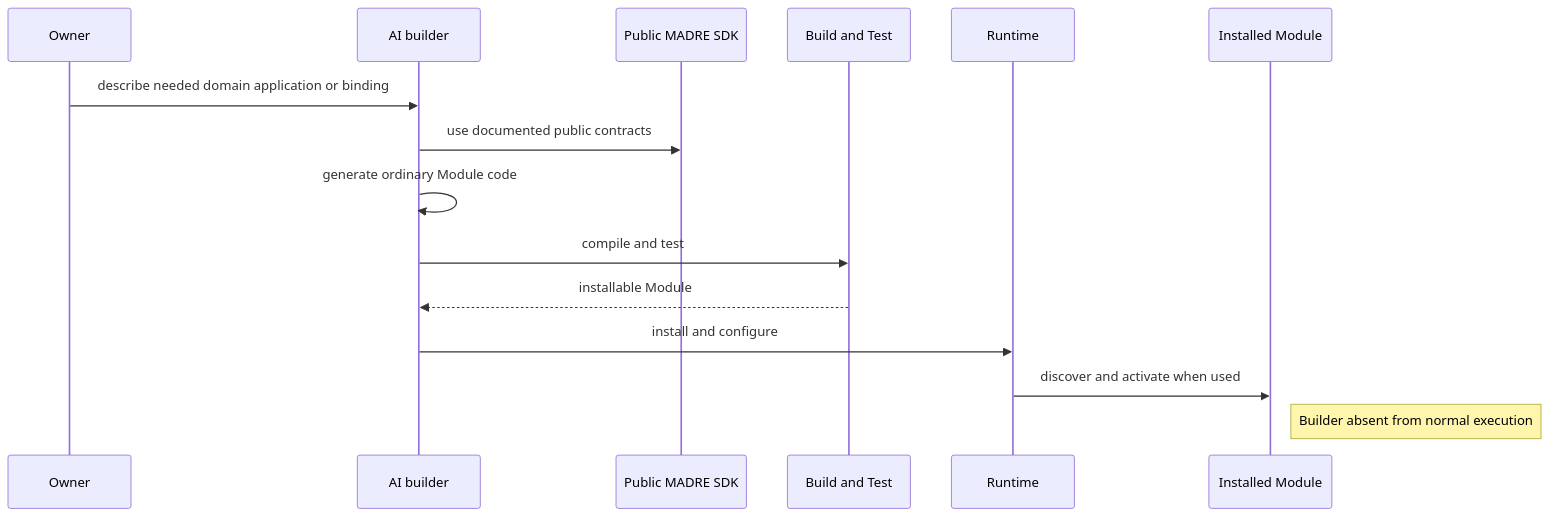
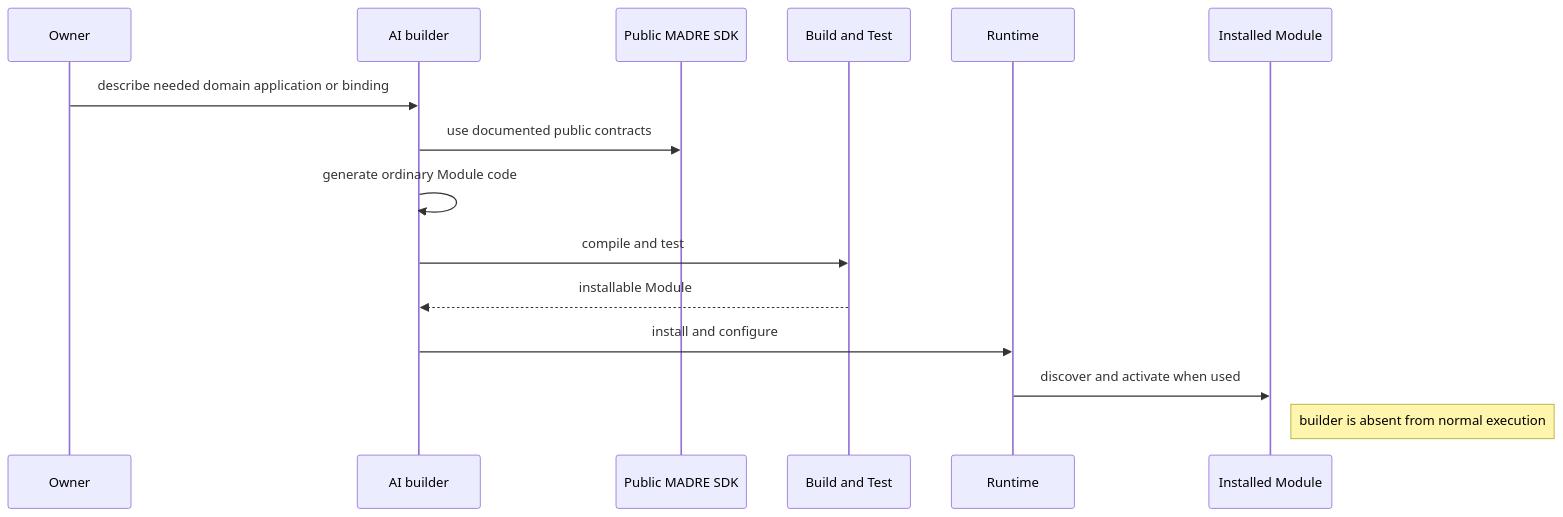
Before and after one commit to DidacLL/MADRE: diagram 11 of 12 in docs/architecture/mid-level-architecture.md, drawn with Mermaid. The commit also changed other lines of this file, not shown here.

Commit message:
docs: align mid-level architecture with final SPIRA model

````diff
--- a/docs/architecture/mid-level-architecture.md
+++ b/docs/architecture/mid-level-architecture.md
@@ -559,18 +501,18 @@
 ```mermaid
 sequenceDiagram
     participant O as Owner
     participant B as AI builder
     participant S as Public MADRE SDK
     participant T as Build and Test
     participant R as Runtime
     participant M as Installed Module
 
     O->>B: describe needed domain application or binding
     B->>S: use documented public contracts
     B->>B: generate ordinary Module code
     B->>T: compile and test
     T-->>B: installable Module
     B->>R: install and configure
     R->>M: discover and activate when used
-    Note right of M: Builder absent from normal execution
+    Note right of M: builder is absent from normal execution
 ```
````
